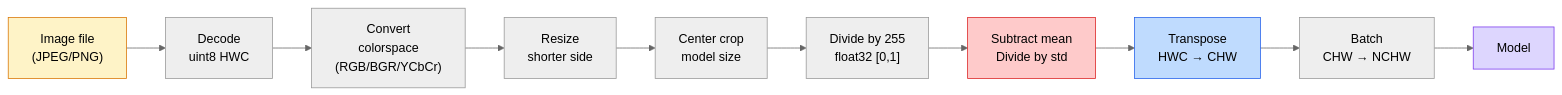
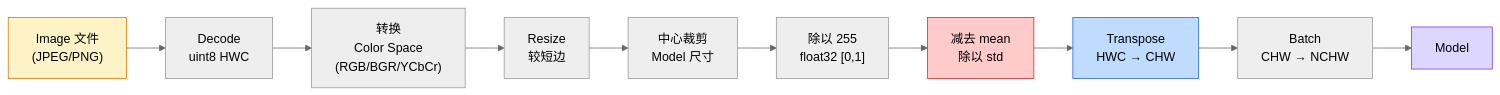
The first of 2 diagrams in phases/04-computer-vision/01-image-fundamentals/docs/en.md (cluster1900/ai-engineering-from-scratch-zh), drawn with Mermaid (neutral theme) before and after one commit. The commit also changed other lines of this file and 2 other files, not shown here.

````diff
--- a/phases/04-computer-vision/01-image-fundamentals/docs/en.md
+++ b/phases/04-computer-vision/01-image-fundamentals/docs/en.md
@@ -31,17 +31,17 @@
 ```mermaid
 flowchart LR
-    A["Image file<br/>(JPEG/PNG)"] --> B["Decode<br/>uint8 HWC"]
-    B --> C["Convert<br/>colorspace<br/>(RGB/BGR/YCbCr)"]
-    C --> D["Resize<br/>shorter side"]
-    D --> E["Center crop<br/>model size"]
-    E --> F["Divide by 255<br/>float32 [0,1]"]
-    F --> G["Subtract mean<br/>Divide by std"]
+    A["Image 文件<br/>(JPEG/PNG)"] --> B["Decode<br/>uint8 HWC"]
+    B --> C["转换<br/>Color Space<br/>(RGB/BGR/YCbCr)"]
+    C --> D["Resize<br/>较短边"]
+    D --> E["中心裁剪<br/>Model 尺寸"]
+    E --> F["除以 255<br/>float32 [0,1]"]
+    F --> G["减去 mean<br/>除以 std"]
     G --> H["Transpose<br/>HWC → CHW"]
     H --> I["Batch<br/>CHW → NCHW"]
     I --> J["Model"]
 
     style A fill:#fef3c7,stroke:#d97706
     style J fill:#ddd6fe,stroke:#7c3aed
     style G fill:#fecaca,stroke:#dc2626
     style H fill:#bfdbfe,stroke:#2563eb
 ```
````
